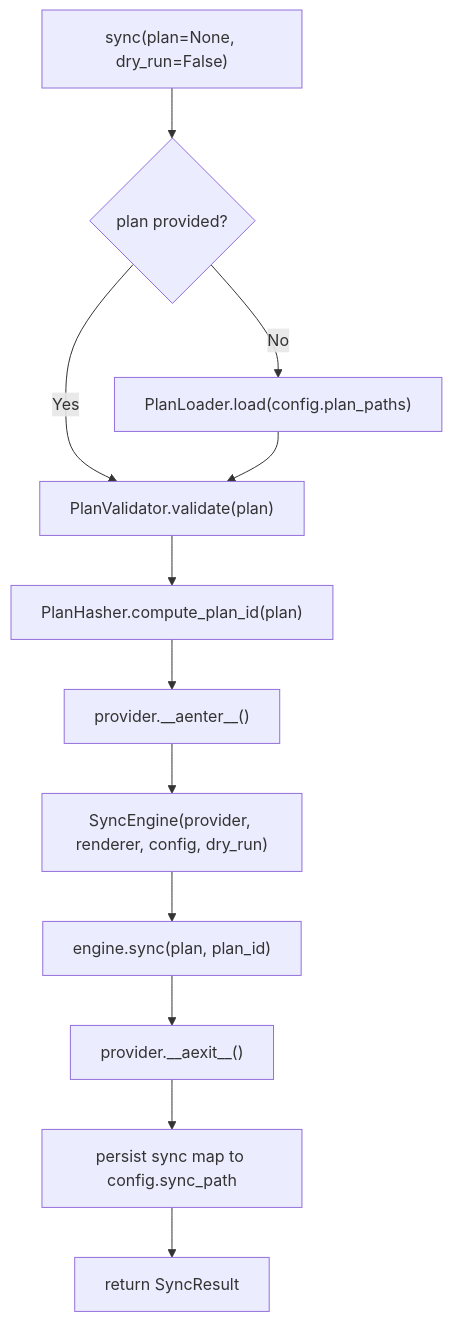
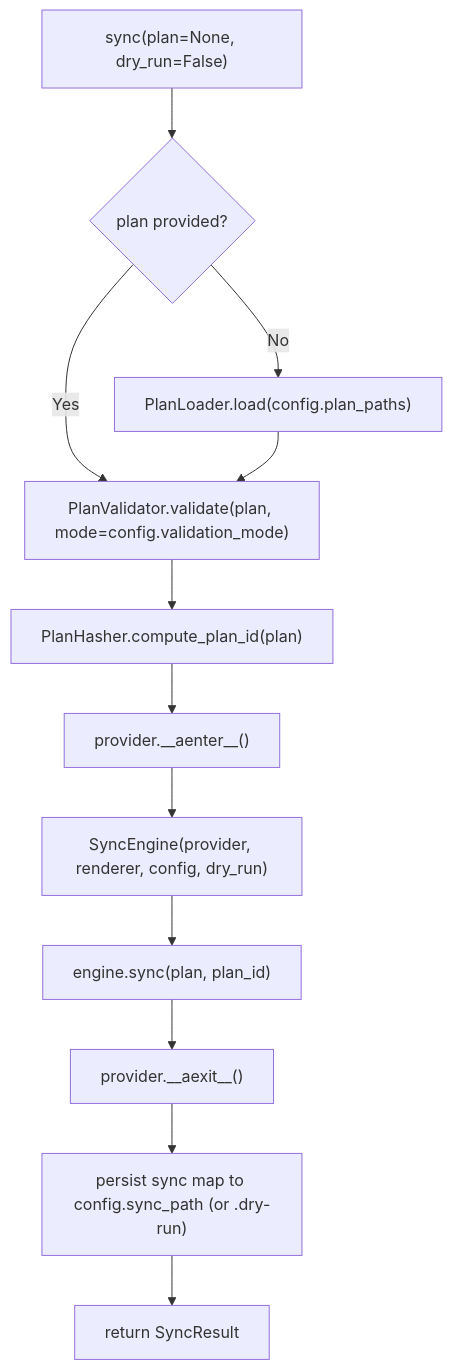
The diagram in docs/v2/sdk.md (aryeko/planpilot), drawn with Mermaid before and after one commit. The commit also changed other lines of this file and 9 other files, not shown here.

````diff
--- a/docs/v2/sdk.md
+++ b/docs/v2/sdk.md
@@ -107,14 +107,14 @@
 ```mermaid
 flowchart TB
     Start["sync(plan=None, dry_run=False)"] --> LoadPlan{"plan provided?"}
     LoadPlan -- No --> Load["PlanLoader.load(config.plan_paths)"]
     LoadPlan -- Yes --> Validate
-    Load --> Validate["PlanValidator.validate(plan)"]
+    Load --> Validate["PlanValidator.validate(plan, mode=config.validation_mode)"]
     Validate --> Hash["PlanHasher.compute_plan_id(plan)"]
     Hash --> Enter["provider.__aenter__()"]
     Enter --> Engine["SyncEngine(provider, renderer, config, dry_run)"]
     Engine --> Run["engine.sync(plan, plan_id)"]
     Run --> Exit["provider.__aexit__()"]
-    Exit --> Persist["persist sync map to config.sync_path"]
+    Exit --> Persist["persist sync map to config.sync_path (or .dry-run)"]
     Persist --> Return["return SyncResult"]
 ```
````
